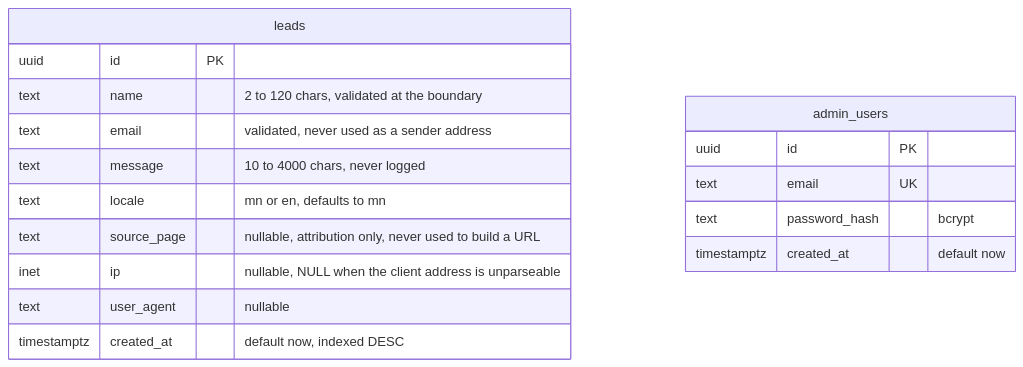
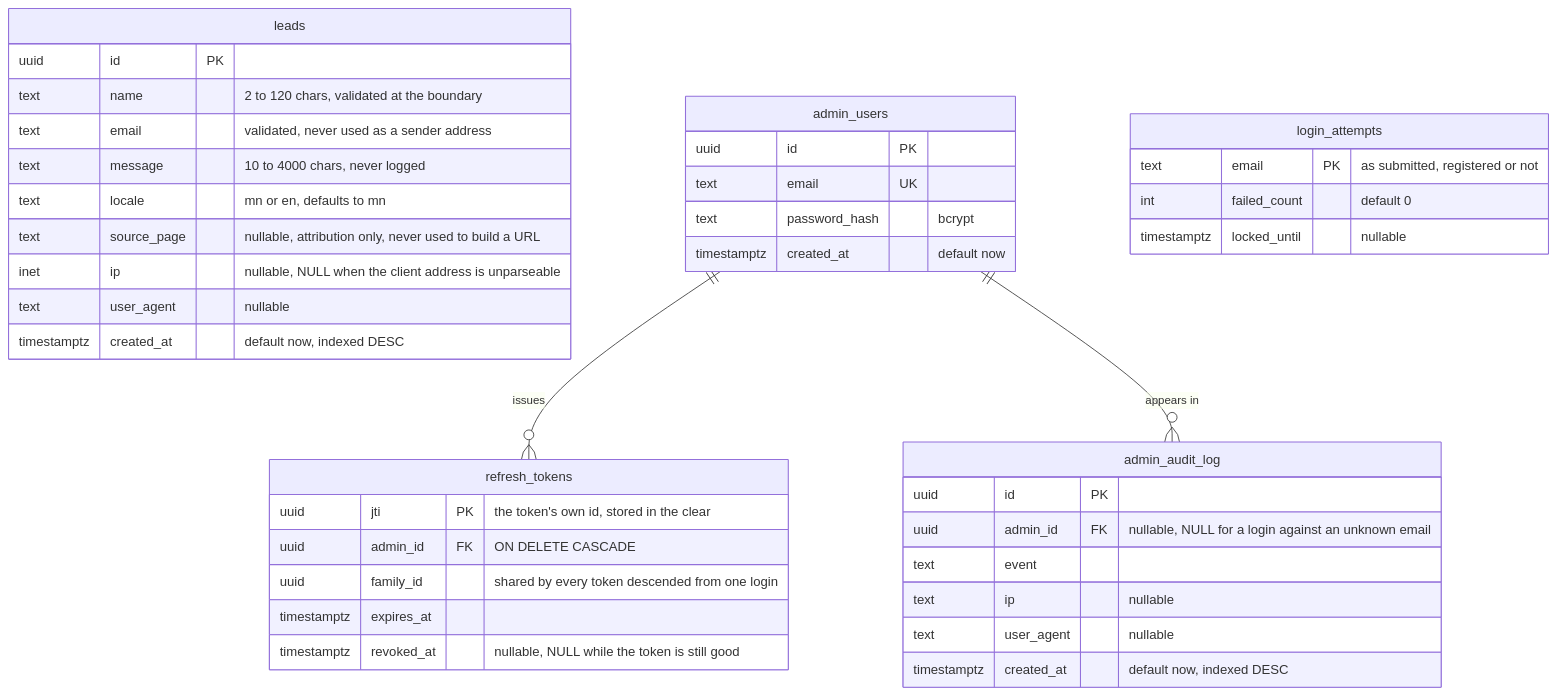
The tenth of 13 diagrams in ARCHITECTURE.md (tanasoft1/landing_kit), drawn with Mermaid before and after one commit. The commit also changed other lines of this file and 16 other files, not shown here.

First line of the commit message:
Add refresh token, login attempt and audit tables

````diff
--- a/ARCHITECTURE.md
+++ b/ARCHITECTURE.md
@@ -434,20 +434,42 @@
 ```mermaid
 erDiagram
     leads {
         uuid id PK
         text name "2 to 120 chars, validated at the boundary"
         text email "validated, never used as a sender address"
         text message "10 to 4000 chars, never logged"
         text locale "mn or en, defaults to mn"
         text source_page "nullable, attribution only, never used to build a URL"
         inet ip "nullable, NULL when the client address is unparseable"
         text user_agent "nullable"
         timestamptz created_at "default now, indexed DESC"
     }
     admin_users {
         uuid id PK
         text email UK
         text password_hash "bcrypt"
         timestamptz created_at "default now"
     }
+    refresh_tokens {
+        uuid jti PK "the token's own id, stored in the clear"
+        uuid admin_id FK "ON DELETE CASCADE"
+        uuid family_id "shared by every token descended from one login"
+        timestamptz expires_at
+        timestamptz revoked_at "nullable, NULL while the token is still good"
+    }
+    login_attempts {
+        text email PK "as submitted, registered or not"
+        int failed_count "default 0"
+        timestamptz locked_until "nullable"
+    }
+    admin_audit_log {
+        uuid id PK
+        uuid admin_id FK "nullable, NULL for a login against an unknown email"
+        text event
+        text ip "nullable"
+        text user_agent "nullable"
+        timestamptz created_at "default now, indexed DESC"
+    }
+    admin_users ||--o{ refresh_tokens : issues
+    admin_users ||--o{ admin_audit_log : "appears in"
 ```
````
